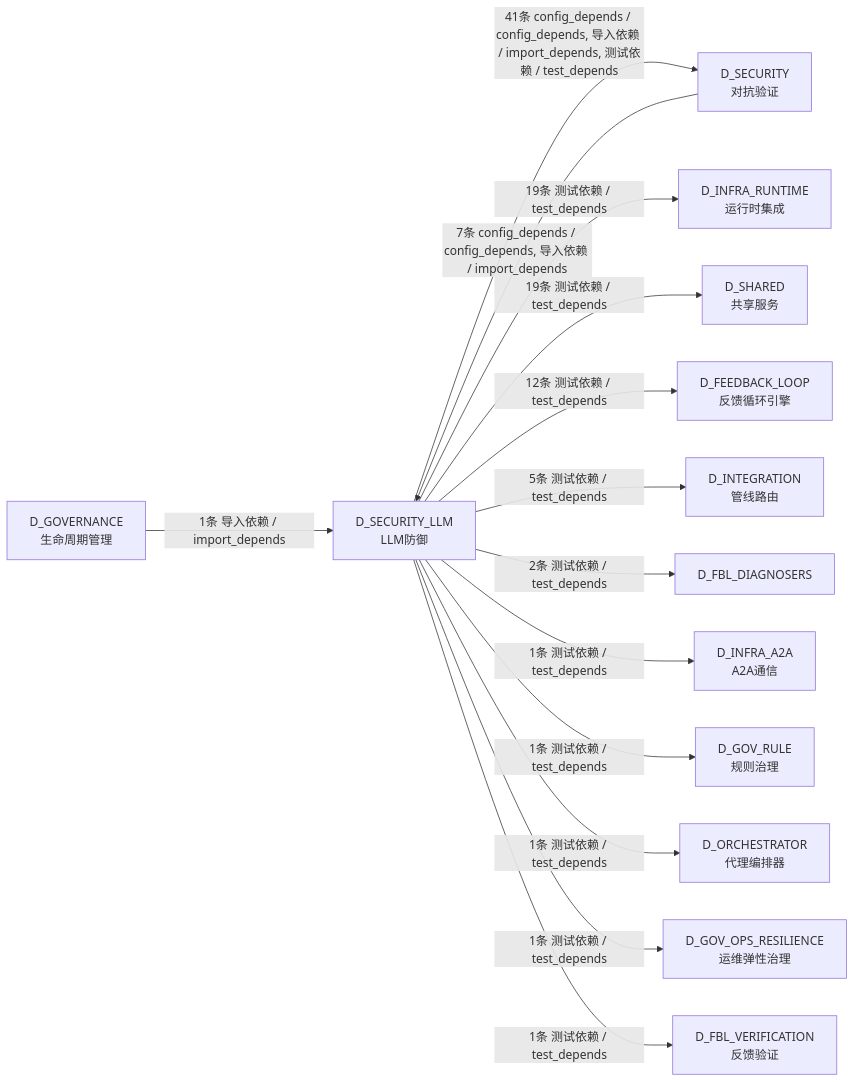
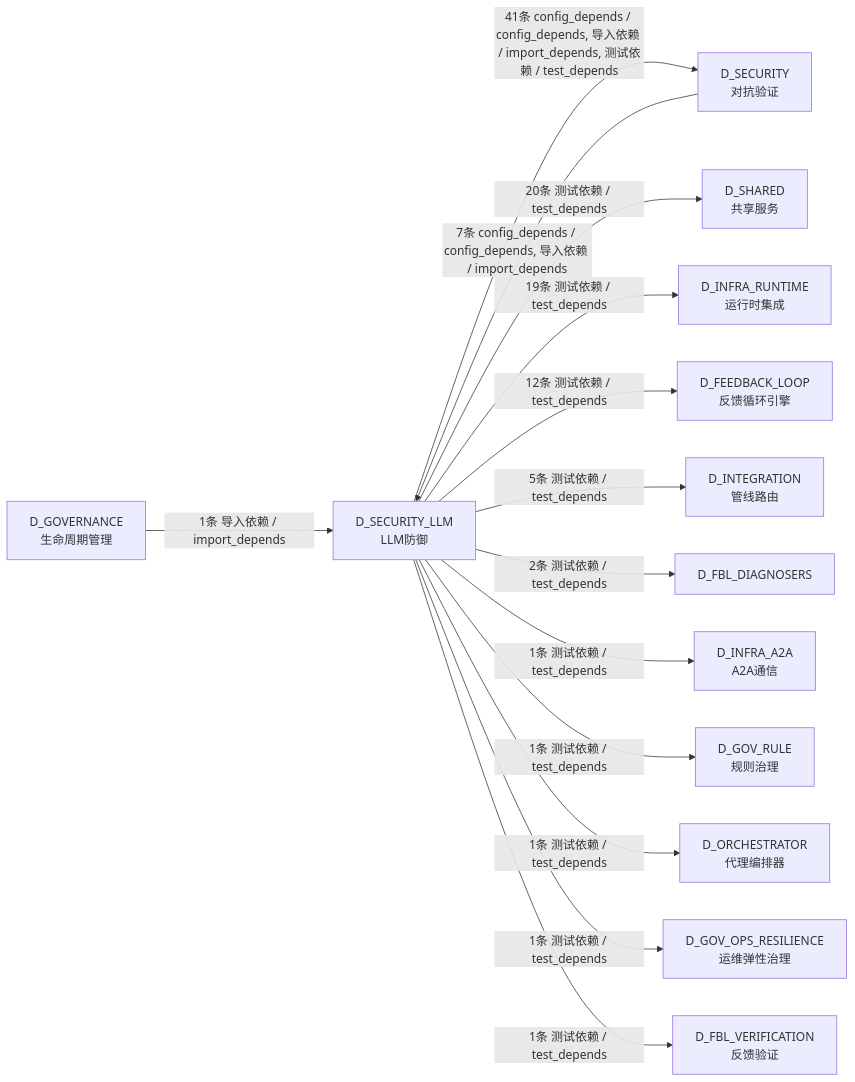
The sixth of 6 diagrams in docs/02_enterprise_architecture/02_domain_architecture_docs/25_d_security_llm.md (xuanFelixVan/ZephyrAlpha), drawn with Mermaid before and after one commit. The commit also changed other lines of this file and 126 other files, not shown here.

````diff
--- a/docs/02_enterprise_architecture/02_domain_architecture_docs/25_d_security_llm.md
+++ b/docs/02_enterprise_architecture/02_domain_architecture_docs/25_d_security_llm.md
@@ -554,29 +557,29 @@
 ```mermaid
 graph LR
     D_SECURITY_LLM["D_SECURITY_LLM<br/>LLM防御"]
     D_SECURITY["D_SECURITY<br/>对抗验证"]
+    D_SHARED["D_SHARED<br/>共享服务"]
     D_INFRA_RUNTIME["D_INFRA_RUNTIME<br/>运行时集成"]
-    D_SHARED["D_SHARED<br/>共享服务"]
     D_FEEDBACK_LOOP["D_FEEDBACK_LOOP<br/>反馈循环引擎"]
     D_INTEGRATION["D_INTEGRATION<br/>管线路由"]
     D_FBL_DIAGNOSERS["D_FBL_DIAGNOSERS"]
     D_INFRA_A2A["D_INFRA_A2A<br/>A2A通信"]
     D_GOV_RULE["D_GOV_RULE<br/>规则治理"]
     D_ORCHESTRATOR["D_ORCHESTRATOR<br/>代理编排器"]
     D_GOV_OPS_RESILIENCE["D_GOV_OPS_RESILIENCE<br/>运维弹性治理"]
     D_FBL_VERIFICATION["D_FBL_VERIFICATION<br/>反馈验证"]
     D_GOVERNANCE["D_GOVERNANCE<br/>生命周期管理"]
     D_SECURITY_LLM -->|41条 config_depends / config_depends, 导入依赖 / import_depends, 测试依赖 / test_depends| D_SECURITY
+    D_SECURITY_LLM -->|20条 测试依赖 / test_depends| D_SHARED
     D_SECURITY_LLM -->|19条 测试依赖 / test_depends| D_INFRA_RUNTIME
-    D_SECURITY_LLM -->|19条 测试依赖 / test_depends| D_SHARED
     D_SECURITY_LLM -->|12条 测试依赖 / test_depends| D_FEEDBACK_LOOP
     D_SECURITY_LLM -->|5条 测试依赖 / test_depends| D_INTEGRATION
     D_SECURITY_LLM -->|2条 测试依赖 / test_depends| D_FBL_DIAGNOSERS
     D_SECURITY_LLM -->|1条 测试依赖 / test_depends| D_INFRA_A2A
     D_SECURITY_LLM -->|1条 测试依赖 / test_depends| D_GOV_RULE
     D_SECURITY_LLM -->|1条 测试依赖 / test_depends| D_ORCHESTRATOR
     D_SECURITY_LLM -->|1条 测试依赖 / test_depends| D_GOV_OPS_RESILIENCE
     D_SECURITY_LLM -->|1条 测试依赖 / test_depends| D_FBL_VERIFICATION
     D_SECURITY -->|7条 config_depends / config_depends, 导入依赖 / import_depends| D_SECURITY_LLM
     D_GOVERNANCE -->|1条 导入依赖 / import_depends| D_SECURITY_LLM
 ```
````
